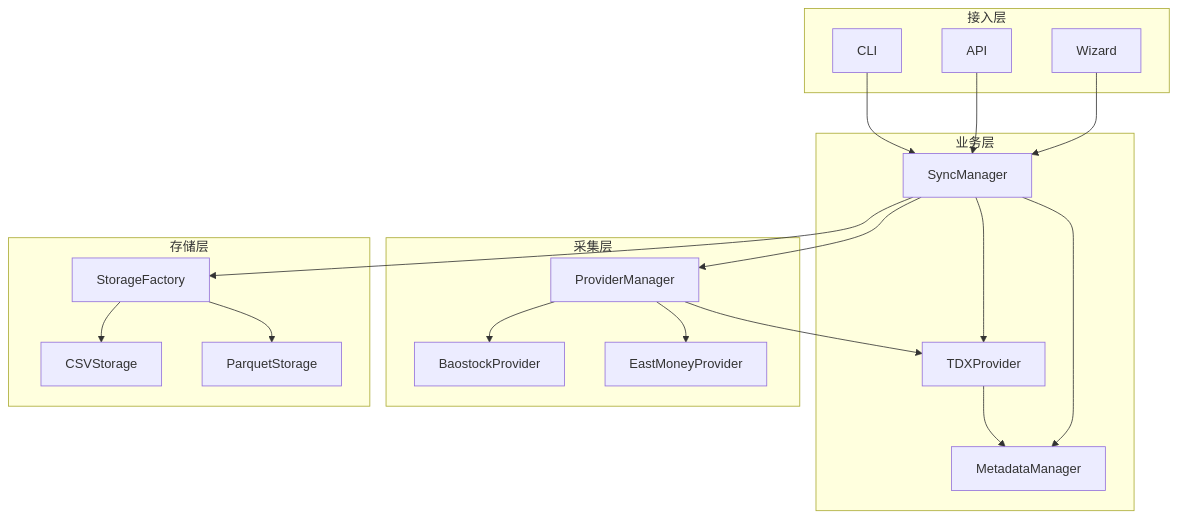
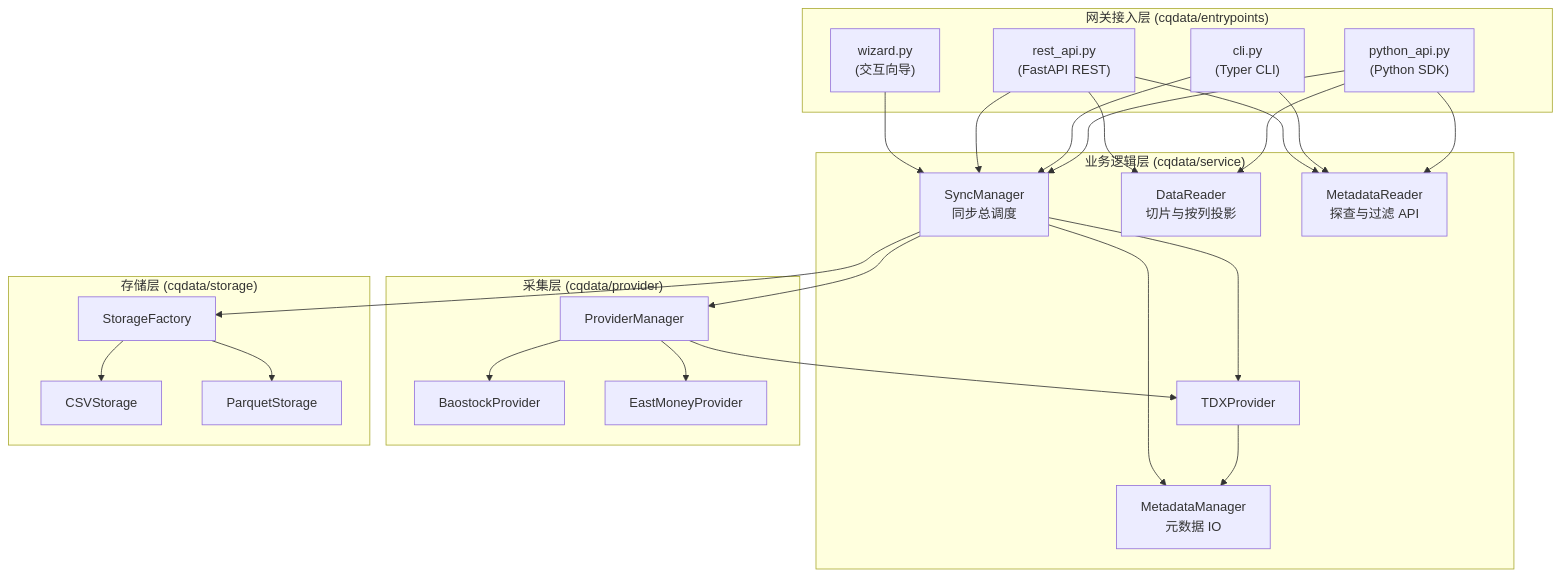
Before and after one commit to CRThu/CarrotQuant.Data: the diagram in README.md, drawn with Mermaid. The commit also changed other lines of this file and 62 other files, not shown here.

Commit message:
feat: implement core cqdata services, API gateway, storage abstractions, and comprehensive test suite

````diff
--- a/README.md
+++ b/README.md
@@ -42,42 +42,51 @@
 ```mermaid
 graph TB
-    subgraph Gateway["接入层"]
-        CLI["CLI"]
-        API["API"]
-        WIZARD["Wizard"]
+    subgraph Gateway["网关接入层 (cqdata/entrypoints)"]
+        PYTHON_API["python_api.py<br/>(Python SDK)"]
+        CLI["cli.py<br/>(Typer CLI)"]
+        REST["rest_api.py<br/>(FastAPI REST)"]
+        WIZARD["wizard.py<br/>(交互向导)"]
     end
 
-    subgraph Service["业务层"]
-        SM["SyncManager"]
-        TP["TaskPlanner"]
-        MM["MetadataManager"]
+    subgraph Service["业务逻辑层 (cqdata/service)"]
+        SM["SyncManager<br/>同步总调度"]
+        DR["DataReader<br/>切片与按列投影"]
+        MR["MetadataReader<br/>探查与过滤 API"]
+        TP["TaskPlanner<br/>任务规划器"]
+        MM["MetadataManager<br/>元数据 IO"]
     end
 
-    subgraph Provider["采集层"]
+    subgraph Provider["采集层 (cqdata/provider)"]
         PM["ProviderManager"]
         BP["BaostockProvider"]
         EP["EastMoneyProvider"]
         TP["TDXProvider"]
     end
 
-    subgraph Storage["存储层"]
+    subgraph Storage["存储层 (cqdata/storage)"]
         SF["StorageFactory"]
         CSV["CSVStorage"]
         PQ["ParquetStorage"]
     end
 
+    PYTHON_API --> DR
+    PYTHON_API --> MR
+    PYTHON_API --> SM
     CLI --> SM
-    API --> SM
+    CLI --> MR
+    REST --> DR
+    REST --> MR
+    REST --> SM
     WIZARD --> SM
 
     SM --> TP
     SM --> PM
     SM --> SF
     TP --> MM
     SM --> MM
     PM --> BP
     PM --> EP
     PM --> TP
     SF --> CSV
     SF --> PQ
 ```
````
